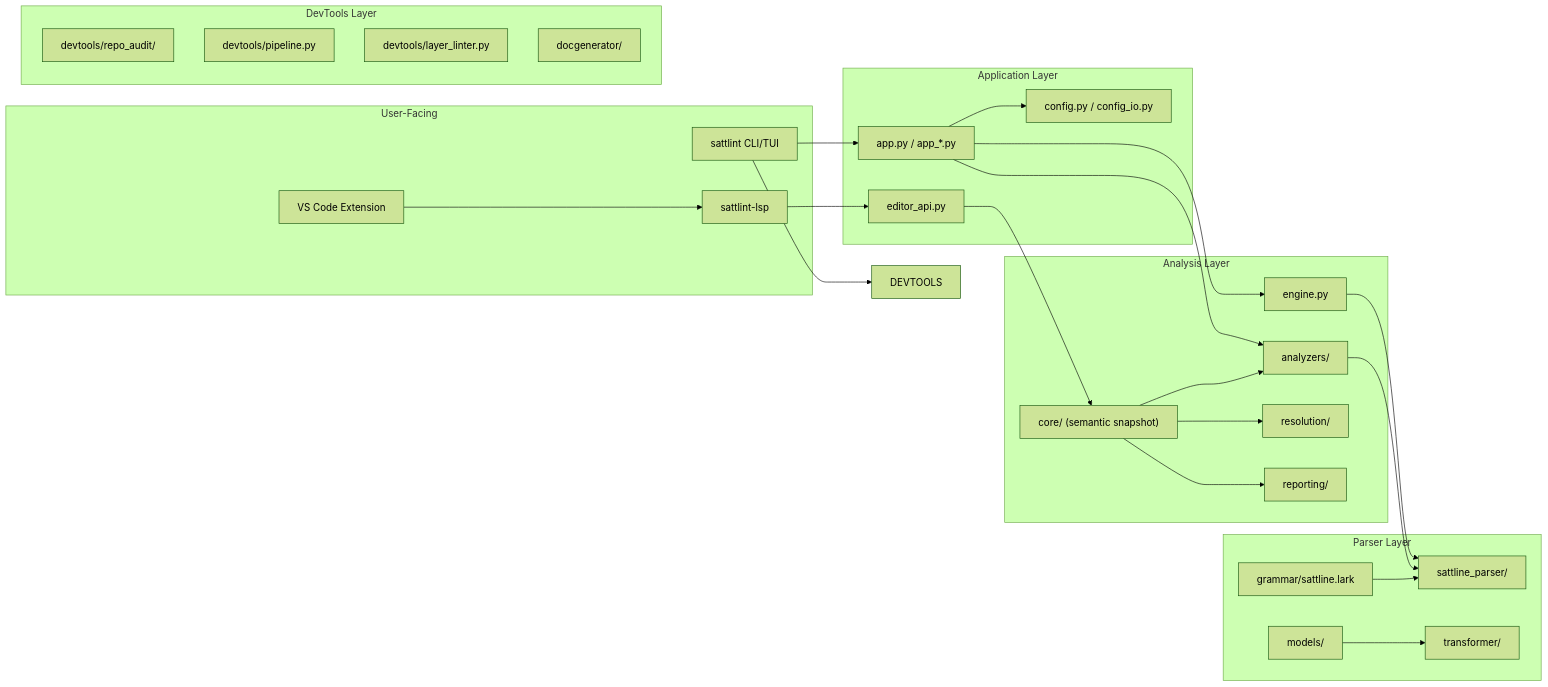
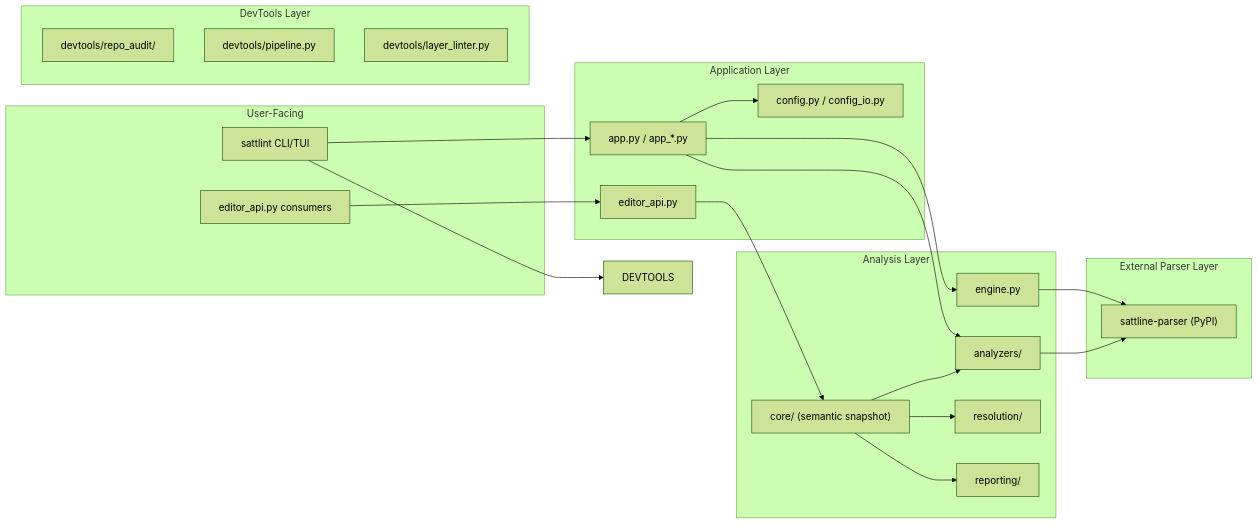
The diagram in docs/public/architecture.md (SorenHJohansen/SattLint), drawn with Mermaid (forest theme) before and after one commit. The commit also changed other lines of this file and 311 other files, not shown here.

````diff
--- a/docs/public/architecture.md
+++ b/docs/public/architecture.md
@@ -8,52 +8,44 @@
 ```mermaid
 flowchart LR
     subgraph User["User-Facing"]
         CLI["sattlint CLI/TUI"]
-        LSP["sattlint-lsp"]
-        VSCODE["VS Code Extension"]
+        EDITOR["editor_api.py consumers"]
     end
 
     subgraph App["Application Layer"]
         APP["app.py / app_*.py"]
-        EDITOR["editor_api.py"]
+        EDITORAPI["editor_api.py"]
         CONFIG["config.py / config_io.py"]
     end
 
     subgraph Analysis["Analysis Layer"]
         ANALYZERS["analyzers/"]
         CORE["core/ (semantic snapshot)"]
         ENGINE["engine.py"]
         RESOLUTION["resolution/"]
         REPORTING["reporting/"]
     end
 
-    subgraph Parser["Parser Layer"]
-        PARSER["sattline_parser/"]
-        GRAMMAR["grammar/sattline.lark"]
-        AST["models/"]
-        TRANSFORMER["transformer/"]
+    subgraph Parser["External Parser Layer"]
+        PARSER["sattline-parser (PyPI)"]
     end
 
     subgraph DevTools["DevTools Layer"]
         AUDIT["devtools/repo_audit/"]
         PIPELINE["devtools/pipeline.py"]
         LINT["devtools/layer_linter.py"]
-        DOCS["docgenerator/"]
     end
 
     CLI --> APP
-    VSCODE --> LSP
-    LSP --> EDITOR
-    EDITOR --> CORE
+    EDITOR --> EDITORAPI
+    EDITORAPI --> CORE
     APP --> ANALYZERS
     APP --> ENGINE
     APP --> CONFIG
     ENGINE --> PARSER
     CORE --> ANALYZERS
     CORE --> RESOLUTION
     CORE --> REPORTING
     CLI --> DEVTOOLS
     ANALYZERS --> PARSER
-    GRAMMAR --> PARSER
-    AST --> TRANSFORMER
 ```
````
